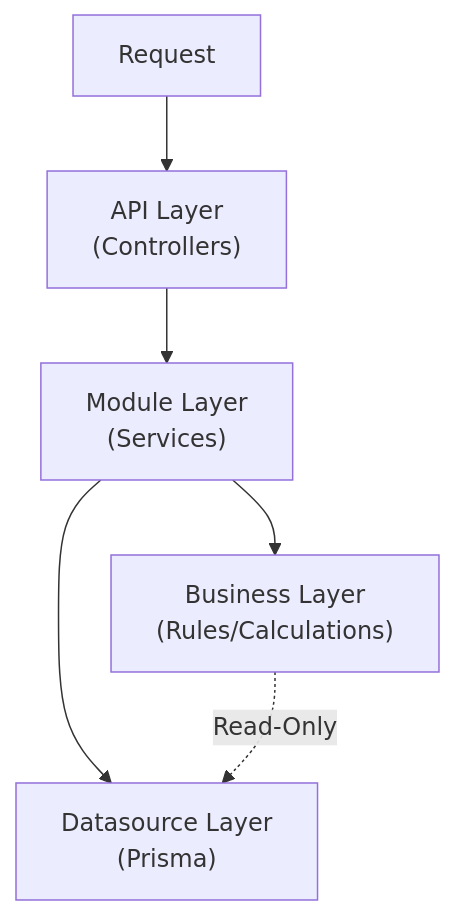
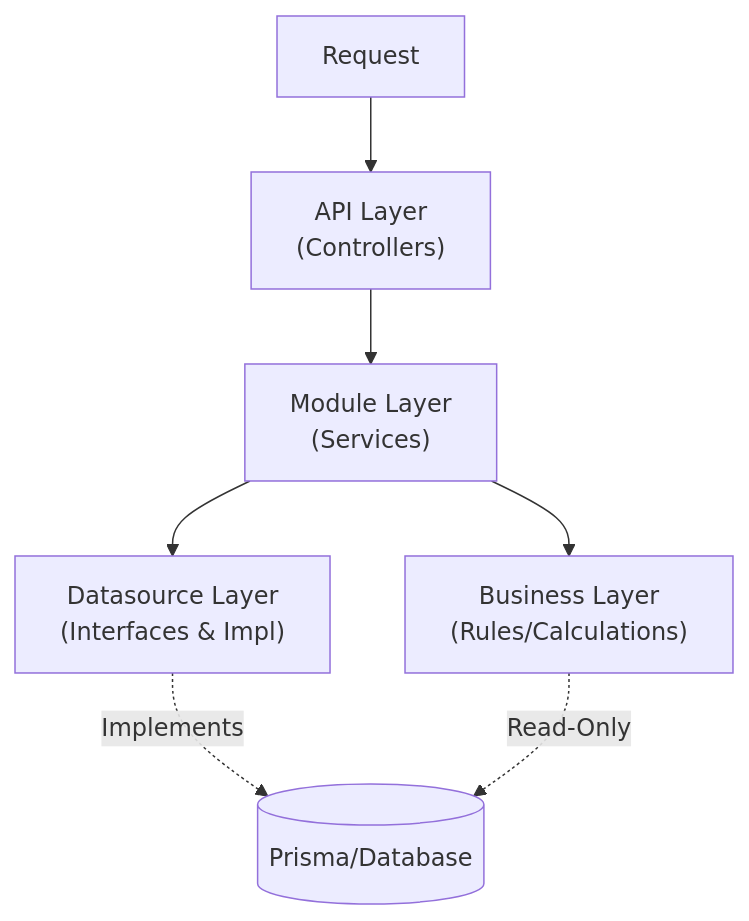
One commit to NawattY/nestjs-starter changed the diagram in ai/architecture-rules.md. Above: the diagram before and after it, drawn with Mermaid. The commit also changed other lines of this file, not shown here.

````diff
--- a/ai/architecture-rules.md
+++ b/ai/architecture-rules.md
@@ -13,8 +13,9 @@
 ```mermaid
 flowchart TD
     Request --> API["API Layer<br/>(Controllers)"]
     API --> Module["Module Layer<br/>(Services)"]
     Module --> Business["Business Layer<br/>(Rules/Calculations)"]
-    Module --> Datasource["Datasource Layer<br/>(Prisma)"]
-    Business -.->|Read-Only| Datasource
+    Module --> Datasource["Datasource Layer<br/>(Interfaces & Impl)"]
+    Datasource -.->|Implements| DB[(Prisma/Database)]
+    Business -.->|Read-Only| DB
 ```
````
